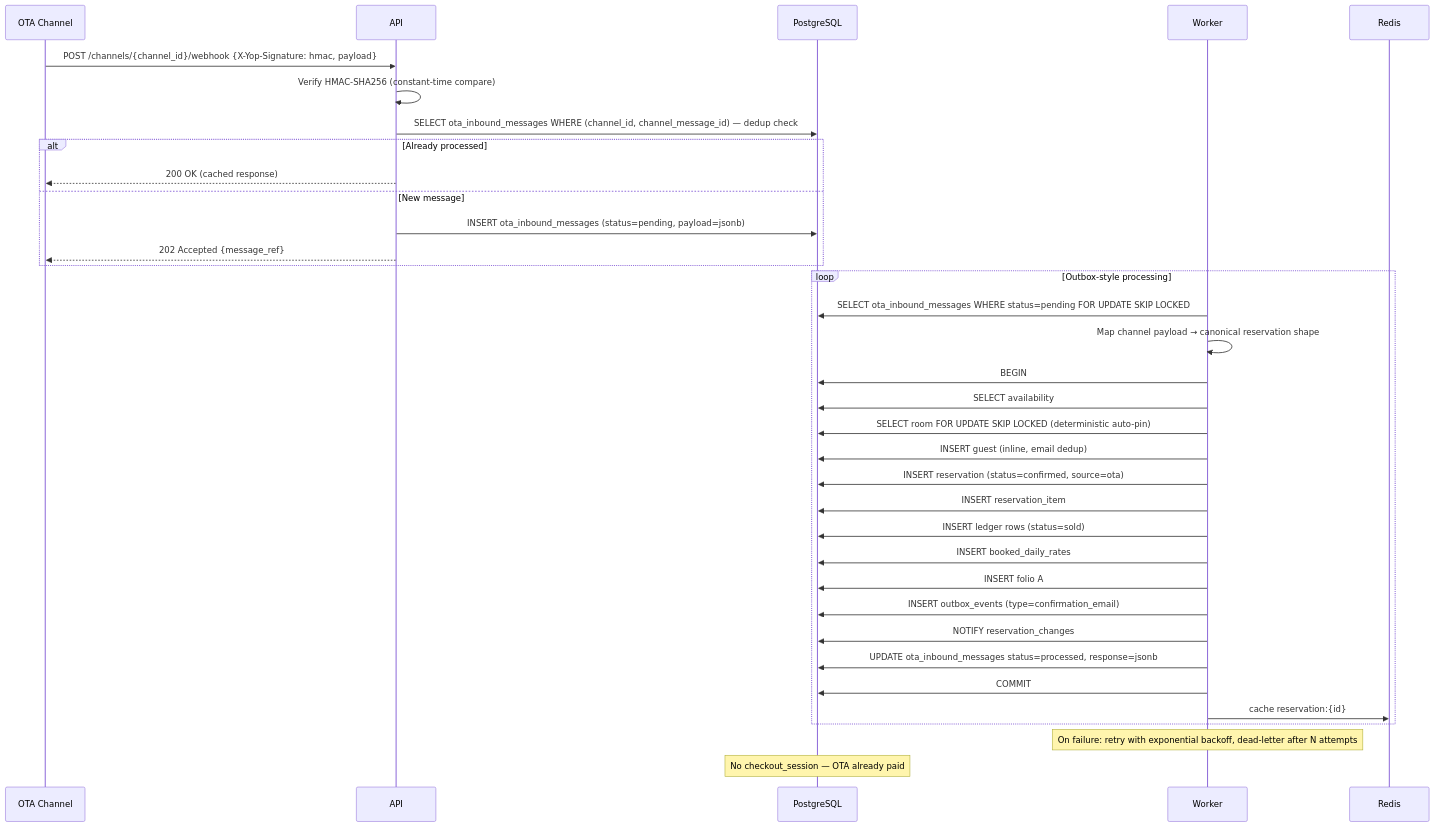
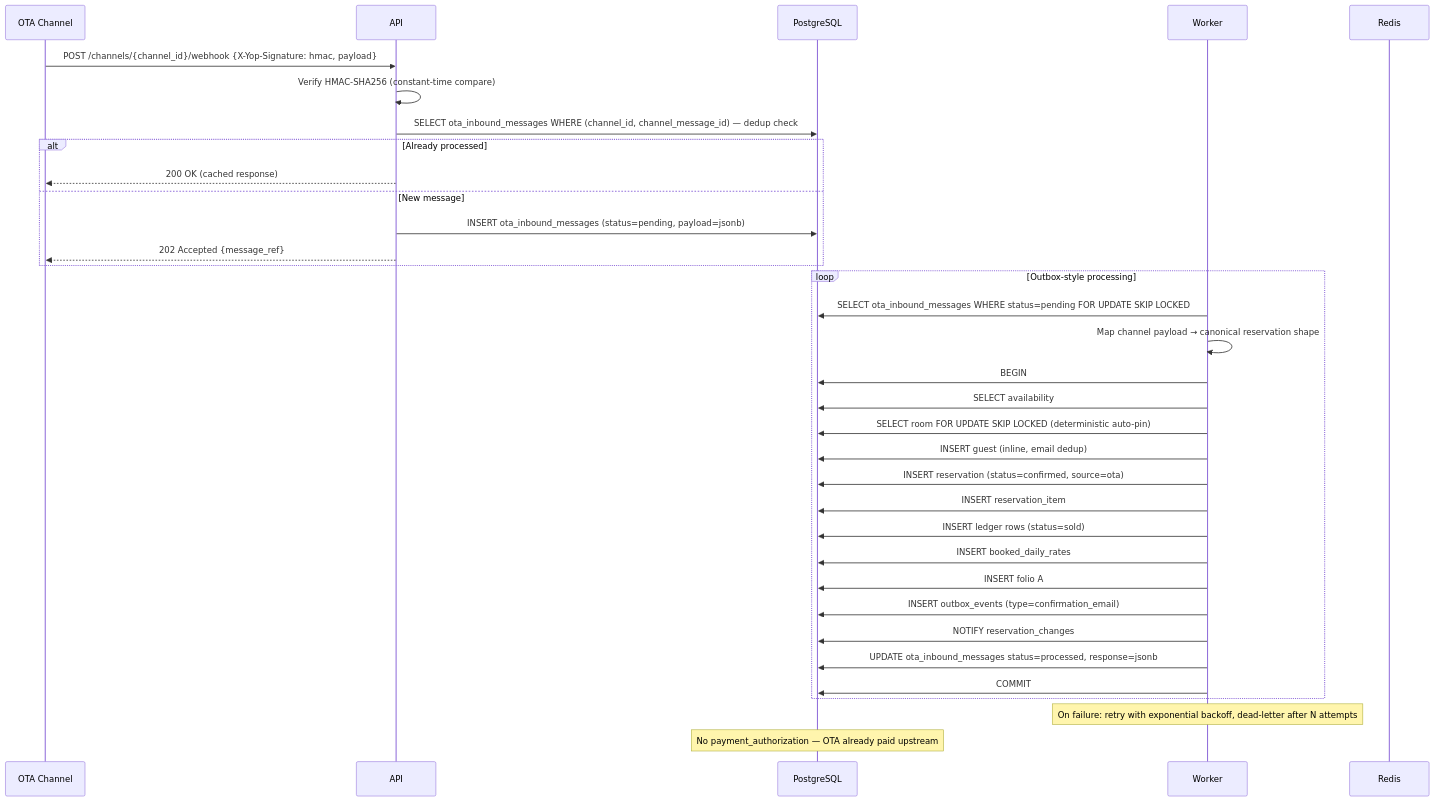
The fifth of 33 diagrams in docs/flows/reservations.md (mallytj/yop-pms), drawn with Mermaid before and after one commit. The commit also changed other lines of this file, not shown here.

Commit message:
docs(reservations): update the flows post review

````diff
--- a/docs/flows/reservations.md
+++ b/docs/flows/reservations.md
@@ -279,40 +324,39 @@
 ```mermaid
 sequenceDiagram
     participant OTA as OTA Channel
     participant API
     participant DB as PostgreSQL
     participant Worker
     participant Redis
 
     OTA->>API: POST /channels/{channel_id}/webhook {X-Yop-Signature: hmac, payload}
     API->>API: Verify HMAC-SHA256 (constant-time compare)
     API->>DB: SELECT ota_inbound_messages WHERE (channel_id, channel_message_id) — dedup check
     alt Already processed
         API-->>OTA: 200 OK (cached response)
     else New message
         API->>DB: INSERT ota_inbound_messages (status=pending, payload=jsonb)
         API-->>OTA: 202 Accepted {message_ref}
     end
 
     loop Outbox-style processing
         Worker->>DB: SELECT ota_inbound_messages WHERE status=pending FOR UPDATE SKIP LOCKED
         Worker->>Worker: Map channel payload → canonical reservation shape
         Worker->>DB: BEGIN
         Worker->>DB: SELECT availability
         Worker->>DB: SELECT room FOR UPDATE SKIP LOCKED (deterministic auto-pin)
         Worker->>DB: INSERT guest (inline, email dedup)
         Worker->>DB: INSERT reservation (status=confirmed, source=ota)
         Worker->>DB: INSERT reservation_item
         Worker->>DB: INSERT ledger rows (status=sold)
         Worker->>DB: INSERT booked_daily_rates
         Worker->>DB: INSERT folio A
         Worker->>DB: INSERT outbox_events (type=confirmation_email)
         Worker->>DB: NOTIFY reservation_changes
         Worker->>DB: UPDATE ota_inbound_messages status=processed, response=jsonb
         Worker->>DB: COMMIT
-        Worker->>Redis: cache reservation:{id}
     end
 
     Note over Worker: On failure: retry with exponential backoff, dead-letter after N attempts
-    Note over DB: No checkout_session — OTA already paid
+    Note over DB: No payment_authorization — OTA already paid upstream
 ```
````
